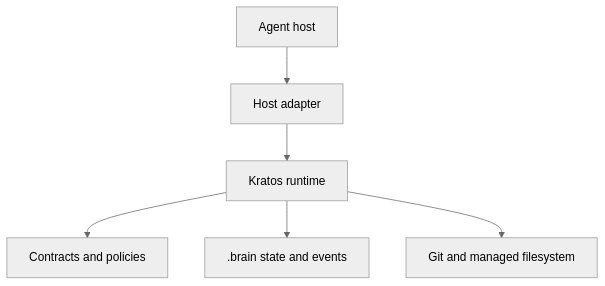
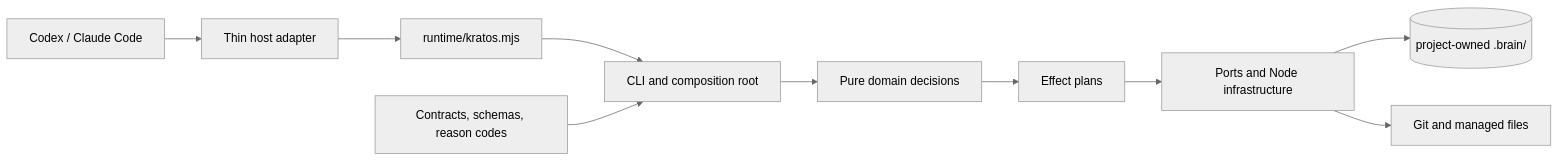
Before and after one commit to thiagocorreanet/kratos-harness: the first of 2 diagrams in README.md, drawn with Mermaid (neutral theme). The commit also changed other lines of this file and 2 other files, not shown here.

````diff
--- a/README.md
+++ b/README.md
@@ -50,8 +47,12 @@
 ```mermaid
-flowchart TB
-    H["Agent host"] --> A["Host adapter"]
-    A --> R["Kratos runtime"]
-    R --> C["Contracts and policies"]
-    R --> B[".brain state and events"]
-    R --> G["Git and managed filesystem"]
+flowchart LR
+    H["Codex / Claude Code"] --> A["Thin host adapter"]
+    A --> E["runtime/kratos.mjs"]
+    E --> C["CLI and composition root"]
+    K["Contracts, schemas, reason codes"] --> C
+    C --> D["Pure domain decisions"]
+    D --> P["Effect plans"]
+    P --> I["Ports and Node infrastructure"]
+    I --> B[("project-owned .brain/")]
+    I --> G["Git and managed files"]
 ```
````
